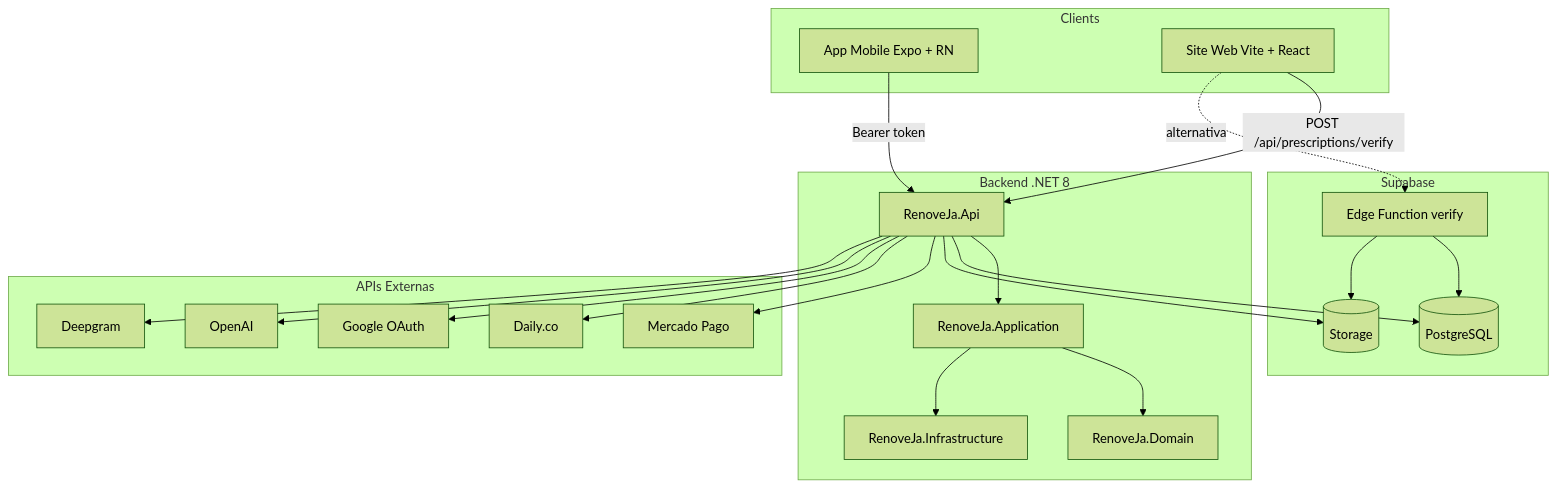
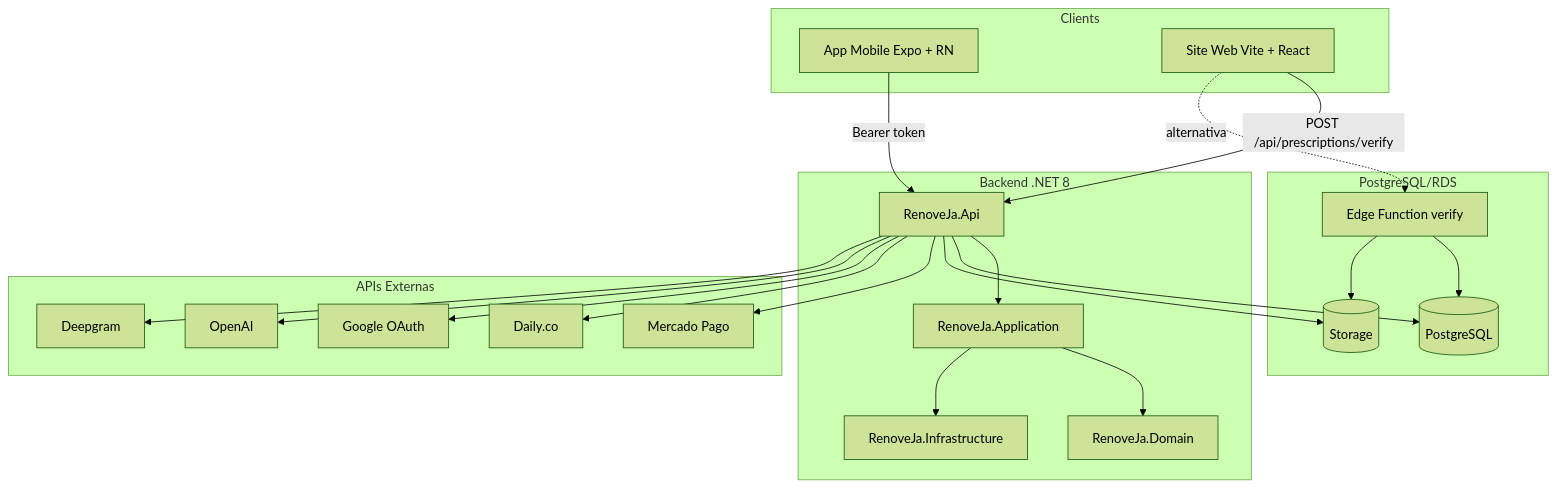
The diagram in docs/architecture/ANALISE_PONTA_A_PONTA.md (felipemenezes25000-spec/COPIA-DO-PROJETO-DE-PAGAMENTOS), drawn with Mermaid (forest theme) before and after one commit. The commit also changed other lines of this file and 312 other files, not shown here.

````diff
--- a/docs/architecture/ANALISE_PONTA_A_PONTA.md
+++ b/docs/architecture/ANALISE_PONTA_A_PONTA.md
@@ -16,46 +16,46 @@
 ```mermaid
 flowchart TB
     subgraph Clients
         Mobile[App Mobile Expo + RN]
         Web[Site Web Vite + React]
     end
 
     subgraph Backend["Backend .NET 8"]
         API[RenoveJa.Api]
         App[RenoveJa.Application]
         Dom[RenoveJa.Domain]
         Infra[RenoveJa.Infrastructure]
         API --> App
         App --> Dom
         App --> Infra
     end
 
-    subgraph Supabase
+    subgraph PostgreSQL/RDS
         PG[(PostgreSQL)]
         Storage[(Storage)]
         EF[Edge Function verify]
     end
 
     subgraph External["APIs Externas"]
         MP[Mercado Pago]
         Daily[Daily.co]
         Google[Google OAuth]
         OpenAI[OpenAI]
         Deepgram[Deepgram]
     end
 
     Mobile -->|Bearer token| API
     Web -->|POST /api/prescriptions/verify| API
     Web -.->|alternativa| EF
 
     API --> PG
     API --> Storage
     API --> MP
     API --> Daily
     API --> Google
     API --> OpenAI
     API --> Deepgram
 
     EF --> PG
     EF --> Storage
 ```
````
